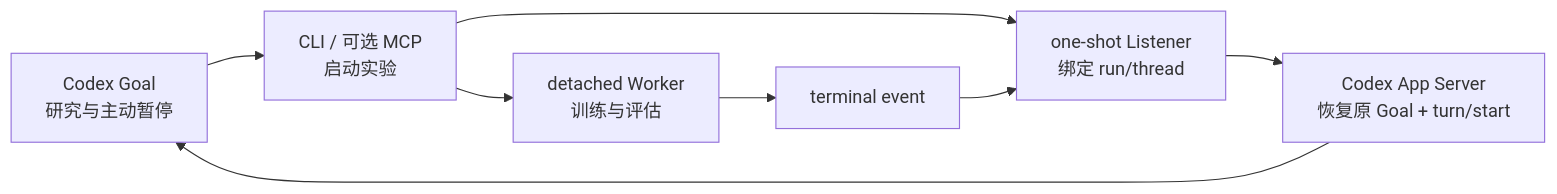
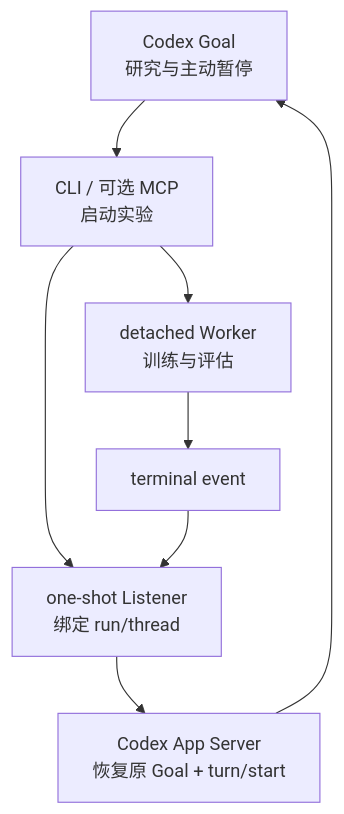
Before and after one commit to dollarser/codex-auto-research: the first of 2 diagrams in README.md, drawn with Mermaid. The commit also changed 1 other file, not shown here.

Commit message:
docs: make current architecture diagrams vertical

````diff
--- a/README.md
+++ b/README.md
@@ -24,10 +24,10 @@
 ```mermaid
-flowchart LR
+flowchart TD
     G["Codex Goal<br/>研究与主动暂停"] --> S["CLI / 可选 MCP<br/>启动实验"]
     S --> W["detached Worker<br/>训练与评估"]
     S --> L["one-shot Listener<br/>绑定 run/thread"]
     W --> E["terminal event"]
     E --> L
     L --> A["Codex App Server<br/>恢复原 Goal + turn/start"]
     A --> G
 ```
````
